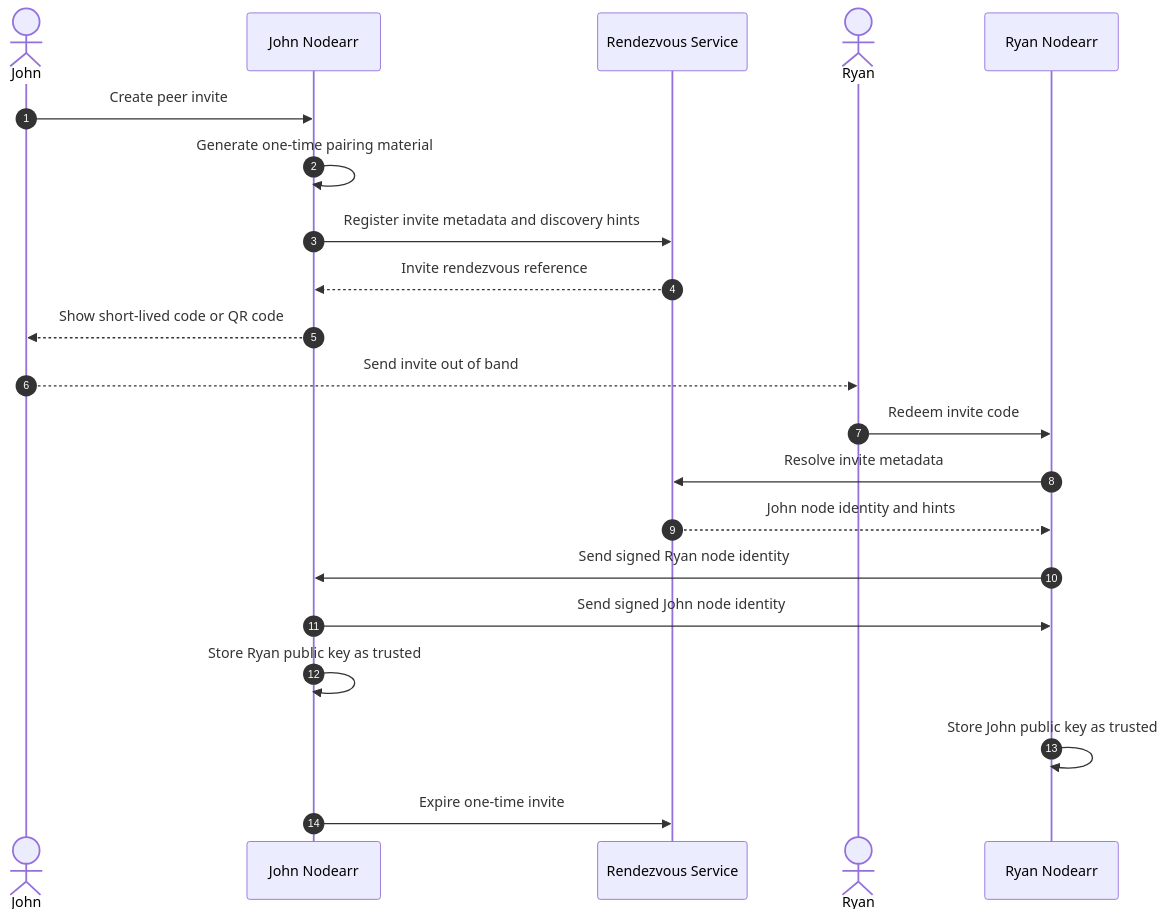
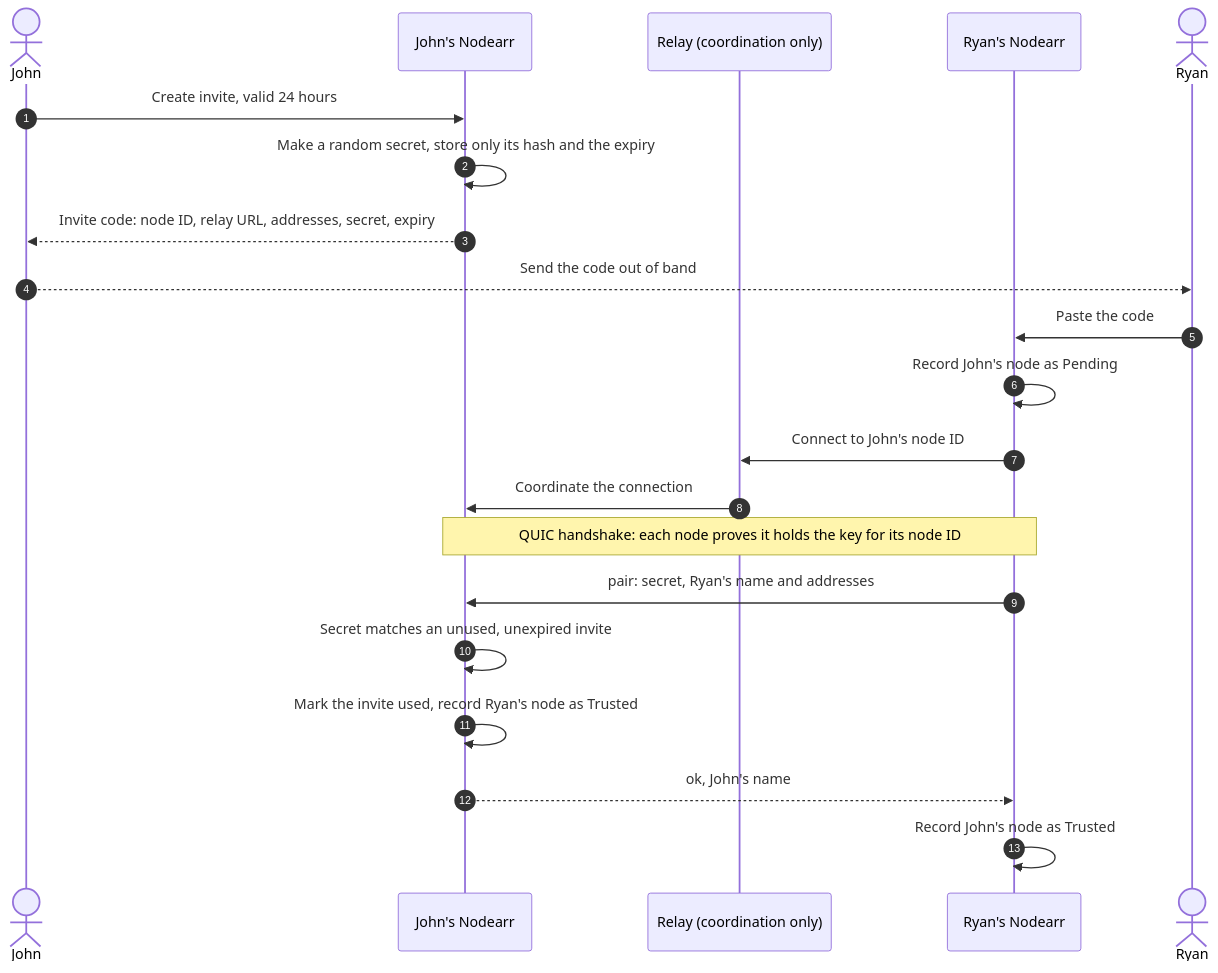
One commit to Nodearr/Nodearr changed the first of 3 diagrams in docs/diagrams/peer-invite-trust-establishment.md. Above: the diagram before and after it, drawn with Mermaid. The commit also changed other lines of this file and 5 other files, not shown here.

First line of the commit message:
docs: ADR 0013 for identity, pairing and trust, and S4 status

````diff
--- a/docs/diagrams/peer-invite-trust-establishment.md
+++ b/docs/diagrams/peer-invite-trust-establishment.md
@@ -5,24 +7,24 @@
 ```mermaid
 sequenceDiagram
     autonumber
     actor Owner as John
-    participant NodeA as John Nodearr
-    participant Rendezvous as Rendezvous Service
+    participant NodeA as John's Nodearr
+    participant Relay as Relay (coordination only)
+    participant NodeB as Ryan's Nodearr
     actor Peer as Ryan
-    participant NodeB as Ryan Nodearr
 
-    Owner->>NodeA: Create peer invite
-    NodeA->>NodeA: Generate one-time pairing material
-    NodeA->>Rendezvous: Register invite metadata and discovery hints
-    Rendezvous-->>NodeA: Invite rendezvous reference
-    NodeA-->>Owner: Show short-lived code or QR code
-    Owner-->>Peer: Send invite out of band
-    Peer->>NodeB: Redeem invite code
-    NodeB->>Rendezvous: Resolve invite metadata
-    Rendezvous-->>NodeB: John node identity and hints
-    NodeB->>NodeA: Send signed Ryan node identity
-    NodeA->>NodeB: Send signed John node identity
-    NodeA->>NodeA: Store Ryan public key as trusted
-    NodeB->>NodeB: Store John public key as trusted
-    NodeA->>Rendezvous: Expire one-time invite
+    Owner->>NodeA: Create invite, valid 24 hours
+    NodeA->>NodeA: Make a random secret, store only its hash and the expiry
+    NodeA-->>Owner: Invite code: node ID, relay URL, addresses, secret, expiry
+    Owner-->>Peer: Send the code out of band
+    Peer->>NodeB: Paste the code
+    NodeB->>NodeB: Record John's node as Pending
+    NodeB->>Relay: Connect to John's node ID
+    Relay->>NodeA: Coordinate the connection
+    Note over NodeA,NodeB: QUIC handshake: each node proves it holds the key for its node ID
+    NodeB->>NodeA: pair: secret, Ryan's name and addresses
+    NodeA->>NodeA: Secret matches an unused, unexpired invite
+    NodeA->>NodeA: Mark the invite used, record Ryan's node as Trusted
+    NodeA-->>NodeB: ok, John's name
+    NodeB->>NodeB: Record John's node as Trusted
 ```
````
